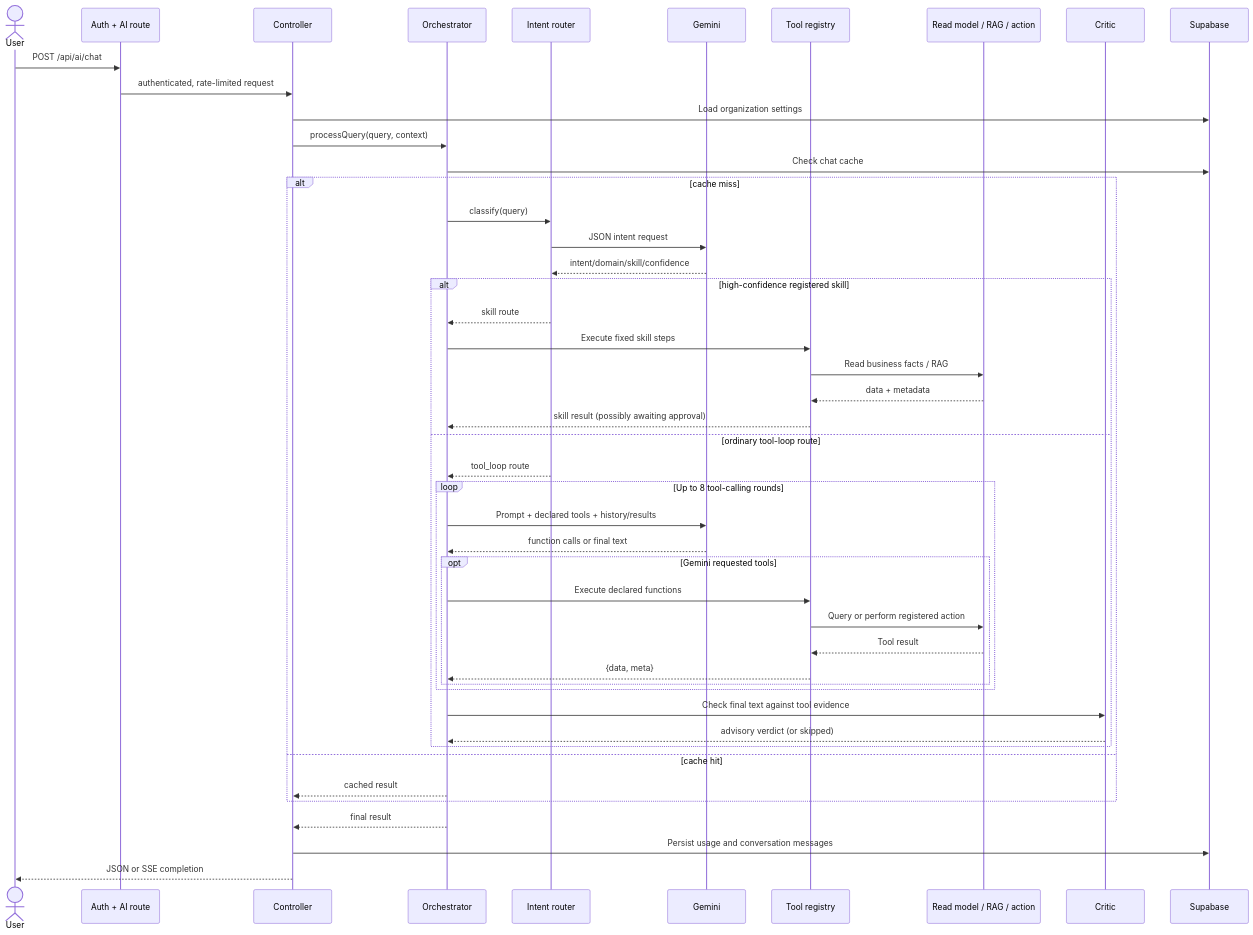
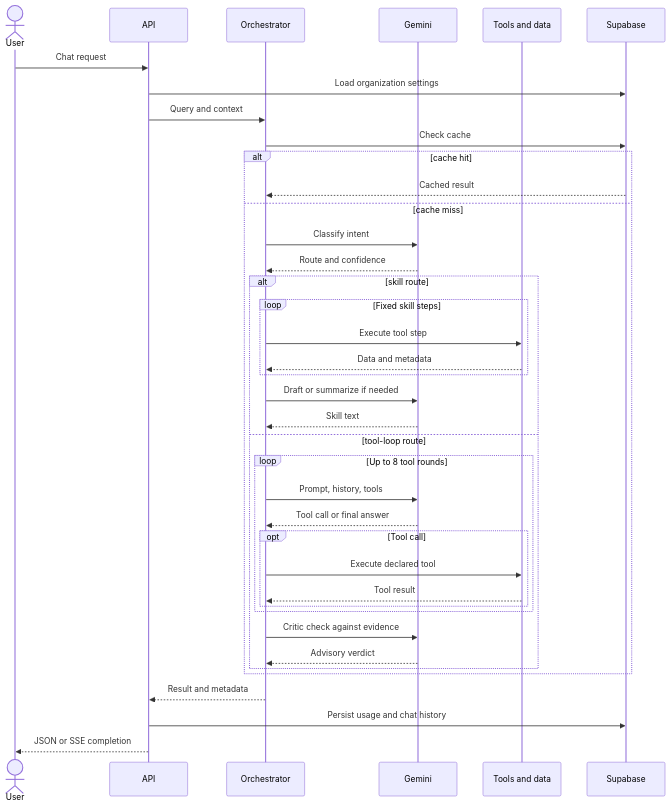
Before and after one commit to amathziah/capitaedgex: the second of 4 diagrams in docs/ai-architecture.md, drawn with Mermaid. The commit also changed other lines of this file and 1 other file, not shown here.

Commit message:
docs: reduce architecture diagram label overlap

````diff
--- a/docs/ai-architecture.md
+++ b/docs/ai-architecture.md
@@ -101,50 +51,42 @@
 ```mermaid
 sequenceDiagram
     actor User
-    participant Route as Auth + AI route
-    participant Controller
-    participant Orchestrator
-    participant Intent as Intent router
-    participant Gemini
-    participant Registry as Tool registry
-    participant Data as Read model / RAG / action
-    participant Critic
+    participant API as API
+    participant Orch as Orchestrator
+    participant Model as Gemini
+    participant Tools as Tools and data
     participant DB as Supabase
 
-    User->>Route: POST /api/ai/chat
-    Route->>Controller: authenticated, rate-limited request
-    Controller->>DB: Load organization settings
-    Controller->>Orchestrator: processQuery(query, context)
-    Orchestrator->>DB: Check chat cache
-    alt cache miss
-        Orchestrator->>Intent: classify(query)
-        Intent->>Gemini: JSON intent request
-        Gemini-->>Intent: intent/domain/skill/confidence
-        alt high-confidence registered skill
-            Intent-->>Orchestrator: skill route
-            Orchestrator->>Registry: Execute fixed skill steps
-            Registry->>Data: Read business facts / RAG
-            Data-->>Registry: data + metadata
-            Registry-->>Orchestrator: skill result (possibly awaiting approval)
-        else ordinary tool-loop route
-            Intent-->>Orchestrator: tool_loop route
-            loop Up to 8 tool-calling rounds
-                Orchestrator->>Gemini: Prompt + declared tools + history/results
-                Gemini-->>Orchestrator: function calls or final text
-                opt Gemini requested tools
-                    Orchestrator->>Registry: Execute declared functions
-                    Registry->>Data: Query or perform registered action
-                    Data-->>Registry: Tool result
-                    Registry-->>Orchestrator: {data, meta}
+    User->>API: Chat request
+    API->>DB: Load organization settings
+    API->>Orch: Query and context
+    Orch->>DB: Check cache
+    alt cache hit
+        DB-->>Orch: Cached result
+    else cache miss
+        Orch->>Model: Classify intent
+        Model-->>Orch: Route and confidence
+        alt skill route
+            loop Fixed skill steps
+                Orch->>Tools: Execute tool step
+                Tools-->>Orch: Data and metadata
+            end
+            Orch->>Model: Draft or summarize if needed
+            Model-->>Orch: Skill text
+        else tool-loop route
+            loop Up to 8 tool rounds
+                Orch->>Model: Prompt, history, tools
+                Model-->>Orch: Tool call or final answer
+                opt Tool call
+                    Orch->>Tools: Execute declared tool
+                    Tools-->>Orch: Tool result
                 end
             end
-            Orchestrator->>Critic: Check final text against tool evidence
-            Critic-->>Orchestrator: advisory verdict (or skipped)
+            Orch->>Model: Critic check against evidence
+            Model-->>Orch: Advisory verdict
         end
-    else cache hit
-        Orchestrator-->>Controller: cached result
     end
-    Orchestrator-->>Controller: final result
-    Controller->>DB: Persist usage and conversation messages
-    Controller-->>User: JSON or SSE completion
+    Orch-->>API: Result and metadata
+    API->>DB: Persist usage and chat history
+    API-->>User: JSON or SSE completion
 ```
````
